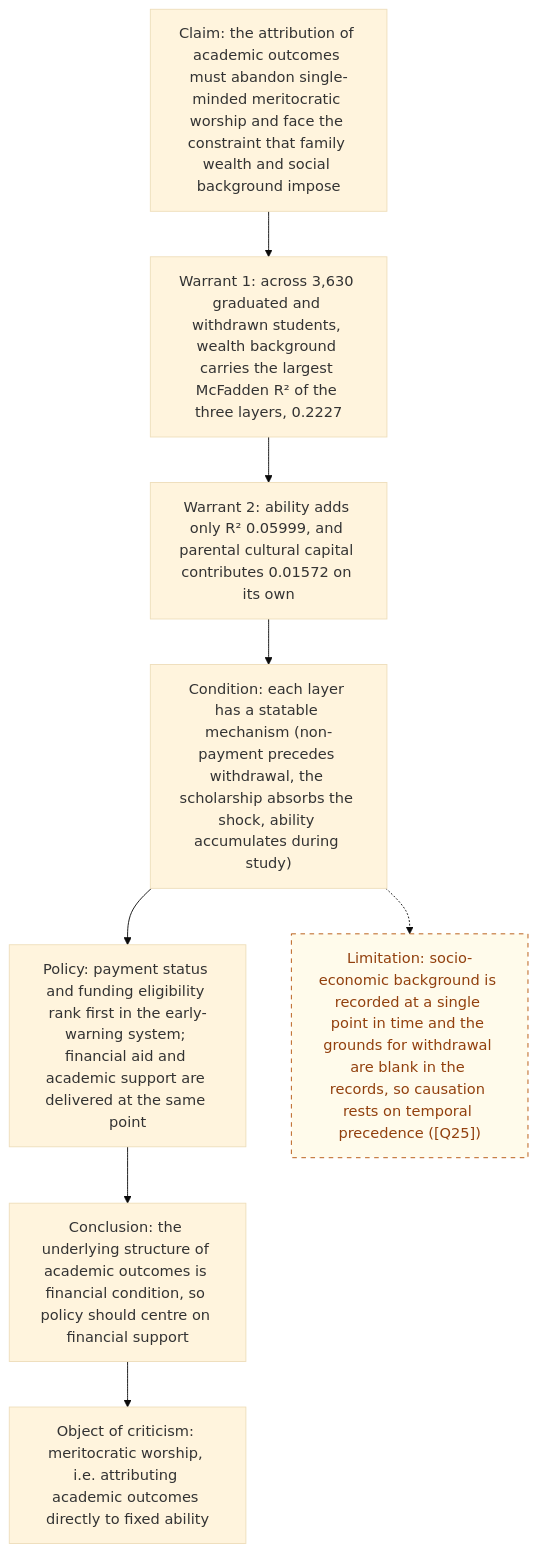
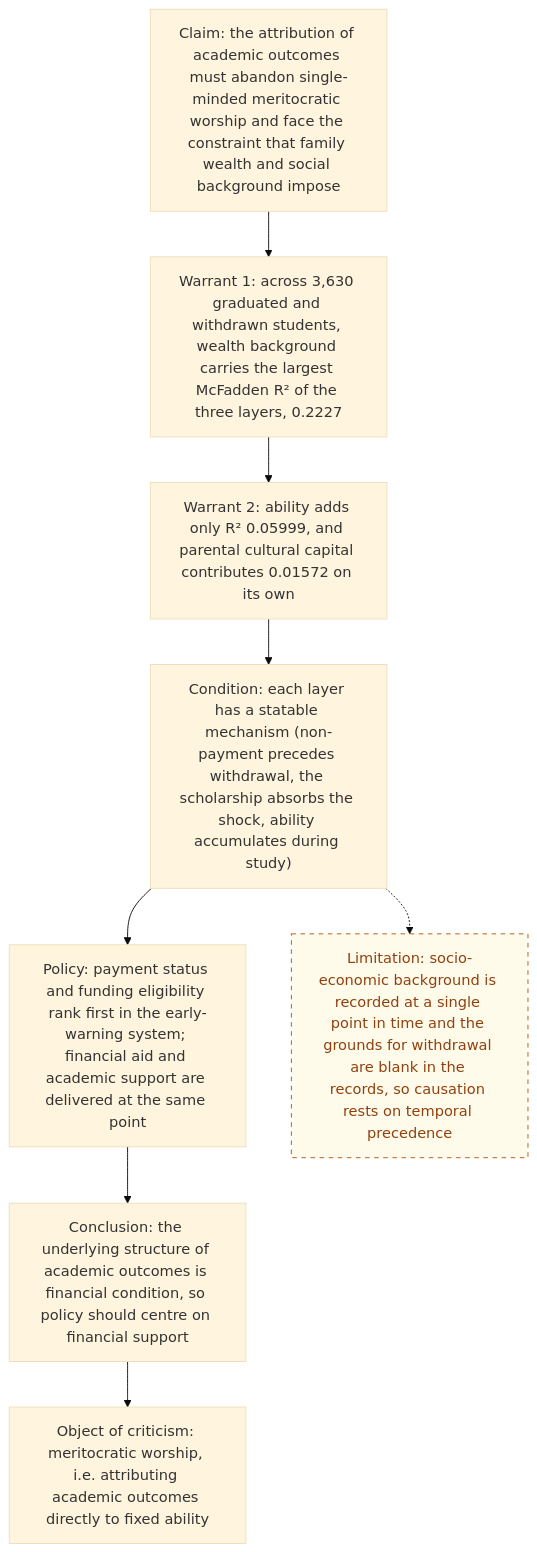
One commit to LaiTszKin/ams2640-group-project changed the diagram in docs/diagrams/en/01-argument.mmd. Above: the diagram before and after it, drawn with Mermaid (base theme). The commit also changed 21 other files, not shown here.

Commit message:
diagrams: 全部刪除 Q(n) 引用，來源只指向本報告；02 的 Q1/Q2 改為 G1/G2；四圖中英重繪

```diff
--- a/docs/diagrams/en/01-argument.mmd
+++ b/docs/diagrams/en/01-argument.mmd
@@ -1,19 +1,19 @@
-%% source: docs/statement.md §1 (claim and the R² evidence), §2 (three mechanisms), §3 (two policy moves), §4 (fairness); the limitation line is the scope boundary stated in docs/report.md ([Q25])
+%% source: the report's §1 (claim and the R² evidence), §2 (three mechanisms), §3 (two policy moves), §4 (fairness); the limitation line is the report's own statement of scope (causal inference not attempted)
 flowchart TD
   C["Claim: the attribution of academic outcomes must abandon single-minded meritocratic worship and face the constraint that family wealth and social background impose"]
   W1["Warrant 1: across 3,630 graduated and withdrawn students, wealth background carries the largest McFadden R² of the three layers, 0.2227"]
   W2["Warrant 2: ability adds only R² 0.05999, and parental cultural capital contributes 0.01572 on its own"]
   O["Condition: each layer has a statable mechanism (non-payment precedes withdrawal, the scholarship absorbs the shock, ability accumulates during study)"]
   P["Policy: payment status and funding eligibility rank first in the early-warning system; financial aid and academic support are delivered at the same point"]
   R["Conclusion: the underlying structure of academic outcomes is financial condition, so policy should centre on financial support"]
   N["Object of criticism: meritocratic worship, i.e. attributing academic outcomes directly to fixed ability"]
-  X["Limitation: socio-economic background is recorded at a single point in time and the grounds for withdrawal are blank in the records, so causation rests on temporal precedence ([Q25])"]
+  X["Limitation: socio-economic background is recorded at a single point in time and the grounds for withdrawal are blank in the records, so causation rests on temporal precedence"]
   C --> W1
   W1 --> W2
   W2 --> O
   O --> P
   P --> R
   R --> N
   O -.-> X
   classDef open stroke-dasharray: 5 5,stroke:#b45309,color:#92400e,fill:#fffbeb
   class X open
```
